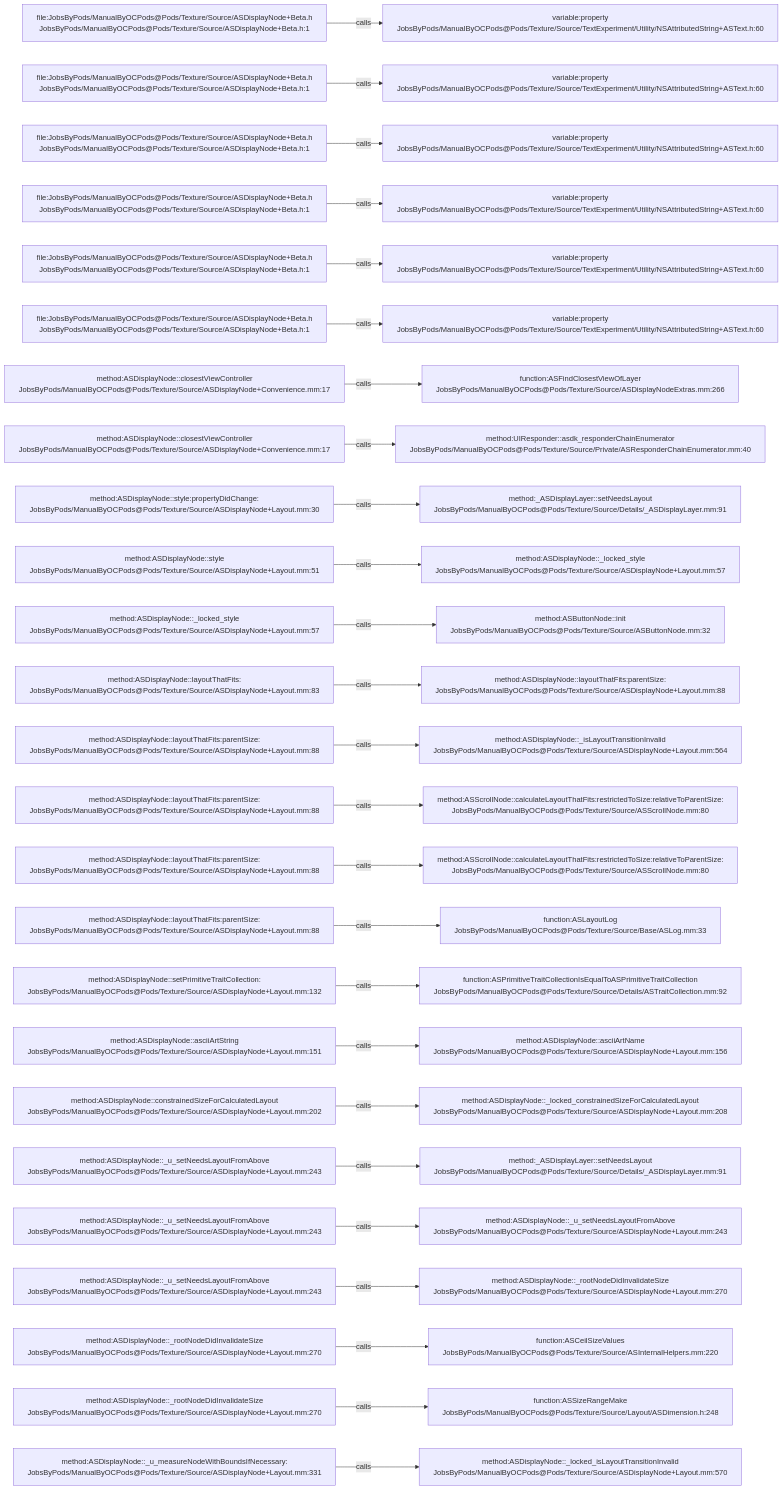
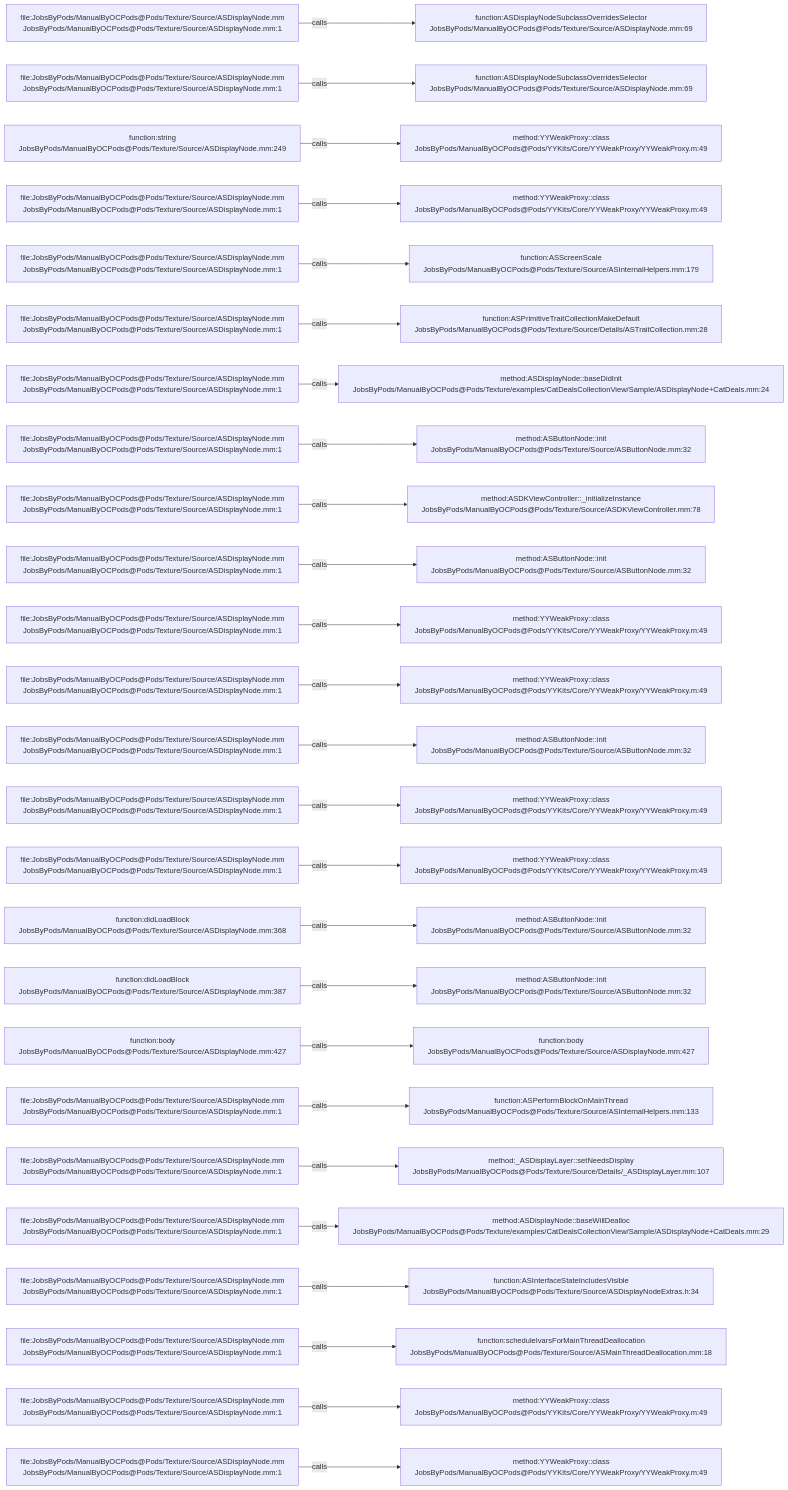
One commit to JobsKits/JobsOCBaseConfigDemo changed the diagram in .codegraph/codegraph.md/graphs/calls-082.md. Above: the diagram before and after it, drawn with Mermaid. The commit also changed 2723 other files, not shown here.

````diff
--- a/.codegraph/codegraph.md/graphs/calls-082.md
+++ b/.codegraph/codegraph.md/graphs/calls-082.md
@@ -13,78 +13,78 @@
 ```mermaid
 flowchart LR
-  S1["file:JobsByPods/ManualByOCPods@Pods/Texture/Source/ASDisplayNode+Beta.h<br/>JobsByPods/ManualByOCPods@Pods/Texture/Source/ASDisplayNode+Beta.h:1"]
-  T1["variable:property<br/>JobsByPods/ManualByOCPods@Pods/Texture/Source/TextExperiment/Utility/NSAttributedString+ASText.h:60"]
+  S1["file:JobsByPods/ManualByOCPods@Pods/Texture/Source/ASDisplayNode.mm<br/>JobsByPods/ManualByOCPods@Pods/Texture/Source/ASDisplayNode.mm:1"]
+  T1["function:ASDisplayNodeSubclassOverridesSelector<br/>JobsByPods/ManualByOCPods@Pods/Texture/Source/ASDisplayNode.mm:69"]
   S1 -->|calls| T1
-  S2["file:JobsByPods/ManualByOCPods@Pods/Texture/Source/ASDisplayNode+Beta.h<br/>JobsByPods/ManualByOCPods@Pods/Texture/Source/ASDisplayNode+Beta.h:1"]
-  T2["variable:property<br/>JobsByPods/ManualByOCPods@Pods/Texture/Source/TextExperiment/Utility/NSAttributedString+ASText.h:60"]
+  S2["file:JobsByPods/ManualByOCPods@Pods/Texture/Source/ASDisplayNode.mm<br/>JobsByPods/ManualByOCPods@Pods/Texture/Source/ASDisplayNode.mm:1"]
+  T2["function:ASDisplayNodeSubclassOverridesSelector<br/>JobsByPods/ManualByOCPods@Pods/Texture/Source/ASDisplayNode.mm:69"]
   S2 -->|calls| T2
-  S3["file:JobsByPods/ManualByOCPods@Pods/Texture/Source/ASDisplayNode+Beta.h<br/>JobsByPods/ManualByOCPods@Pods/Texture/Source/ASDisplayNode+Beta.h:1"]
-  T3["variable:property<br/>JobsByPods/ManualByOCPods@Pods/Texture/Source/TextExperiment/Utility/NSAttributedString+ASText.h:60"]
+  S3["function:string<br/>JobsByPods/ManualByOCPods@Pods/Texture/Source/ASDisplayNode.mm:249"]
+  T3["method:YYWeakProxy::class<br/>JobsByPods/ManualByOCPods@Pods/YYKits/Core/YYWeakProxy/YYWeakProxy.m:49"]
   S3 -->|calls| T3
-  S4["file:JobsByPods/ManualByOCPods@Pods/Texture/Source/ASDisplayNode+Beta.h<br/>JobsByPods/ManualByOCPods@Pods/Texture/Source/ASDisplayNode+Beta.h:1"]
-  T4["variable:property<br/>JobsByPods/ManualByOCPods@Pods/Texture/Source/TextExperiment/Utility/NSAttributedString+ASText.h:60"]
+  S4["file:JobsByPods/ManualByOCPods@Pods/Texture/Source/ASDisplayNode.mm<br/>JobsByPods/ManualByOCPods@Pods/Texture/Source/ASDisplayNode.mm:1"]
+  T4["method:YYWeakProxy::class<br/>JobsByPods/ManualByOCPods@Pods/YYKits/Core/YYWeakProxy/YYWeakProxy.m:49"]
   S4 -->|calls| T4
-  S5["file:JobsByPods/ManualByOCPods@Pods/Texture/Source/ASDisplayNode+Beta.h<br/>JobsByPods/ManualByOCPods@Pods/Texture/Source/ASDisplayNode+Beta.h:1"]
-  T5["variable:property<br/>JobsByPods/ManualByOCPods@Pods/Texture/Source/TextExperiment/Utility/NSAttributedString+ASText.h:60"]
+  S5["file:JobsByPods/ManualByOCPods@Pods/Texture/Source/ASDisplayNode.mm<br/>JobsByPods/ManualByOCPods@Pods/Texture/Source/ASDisplayNode.mm:1"]
+  T5["function:ASScreenScale<br/>JobsByPods/ManualByOCPods@Pods/Texture/Source/ASInternalHelpers.mm:179"]
   S5 -->|calls| T5
-  S6["file:JobsByPods/ManualByOCPods@Pods/Texture/Source/ASDisplayNode+Beta.h<br/>JobsByPods/ManualByOCPods@Pods/Texture/Source/ASDisplayNode+Beta.h:1"]
-  T6["variable:property<br/>JobsByPods/ManualByOCPods@Pods/Texture/Source/TextExperiment/Utility/NSAttributedString+ASText.h:60"]
+  S6["file:JobsByPods/ManualByOCPods@Pods/Texture/Source/ASDisplayNode.mm<br/>JobsByPods/ManualByOCPods@Pods/Texture/Source/ASDisplayNode.mm:1"]
+  T6["function:ASPrimitiveTraitCollectionMakeDefault<br/>JobsByPods/ManualByOCPods@Pods/Texture/Source/Details/ASTraitCollection.mm:28"]
   S6 -->|calls| T6
-  S7["method:ASDisplayNode::closestViewController<br/>JobsByPods/ManualByOCPods@Pods/Texture/Source/ASDisplayNode+Convenience.mm:17"]
-  T7["function:ASFindClosestViewOfLayer<br/>JobsByPods/ManualByOCPods@Pods/Texture/Source/ASDisplayNodeExtras.mm:266"]
+  S7["file:JobsByPods/ManualByOCPods@Pods/Texture/Source/ASDisplayNode.mm<br/>JobsByPods/ManualByOCPods@Pods/Texture/Source/ASDisplayNode.mm:1"]
+  T7["method:ASDisplayNode::baseDidInit<br/>JobsByPods/ManualByOCPods@Pods/Texture/examples/CatDealsCollectionView/Sample/ASDisplayNode+CatDeals.mm:24"]
   S7 -->|calls| T7
-  S8["method:ASDisplayNode::closestViewController<br/>JobsByPods/ManualByOCPods@Pods/Texture/Source/ASDisplayNode+Convenience.mm:17"]
-  T8["method:UIResponder::asdk_responderChainEnumerator<br/>JobsByPods/ManualByOCPods@Pods/Texture/Source/Private/ASResponderChainEnumerator.mm:40"]
+  S8["file:JobsByPods/ManualByOCPods@Pods/Texture/Source/ASDisplayNode.mm<br/>JobsByPods/ManualByOCPods@Pods/Texture/Source/ASDisplayNode.mm:1"]
+  T8["method:ASButtonNode::init<br/>JobsByPods/ManualByOCPods@Pods/Texture/Source/ASButtonNode.mm:32"]
   S8 -->|calls| T8
-  S9["method:ASDisplayNode::style:propertyDidChange:<br/>JobsByPods/ManualByOCPods@Pods/Texture/Source/ASDisplayNode+Layout.mm:30"]
-  T9["method:_ASDisplayLayer::setNeedsLayout<br/>JobsByPods/ManualByOCPods@Pods/Texture/Source/Details/_ASDisplayLayer.mm:91"]
+  S9["file:JobsByPods/ManualByOCPods@Pods/Texture/Source/ASDisplayNode.mm<br/>JobsByPods/ManualByOCPods@Pods/Texture/Source/ASDisplayNode.mm:1"]
+  T9["method:ASDKViewController::_initializeInstance<br/>JobsByPods/ManualByOCPods@Pods/Texture/Source/ASDKViewController.mm:78"]
   S9 -->|calls| T9
-  S10["method:ASDisplayNode::style<br/>JobsByPods/ManualByOCPods@Pods/Texture/Source/ASDisplayNode+Layout.mm:51"]
-  T10["method:ASDisplayNode::_locked_style<br/>JobsByPods/ManualByOCPods@Pods/Texture/Source/ASDisplayNode+Layout.mm:57"]
+  S10["file:JobsByPods/ManualByOCPods@Pods/Texture/Source/ASDisplayNode.mm<br/>JobsByPods/ManualByOCPods@Pods/Texture/Source/ASDisplayNode.mm:1"]
+  T10["method:ASButtonNode::init<br/>JobsByPods/ManualByOCPods@Pods/Texture/Source/ASButtonNode.mm:32"]
   S10 -->|calls| T10
-  S11["method:ASDisplayNode::_locked_style<br/>JobsByPods/ManualByOCPods@Pods/Texture/Source/ASDisplayNode+Layout.mm:57"]
-  T11["method:ASButtonNode::init<br/>JobsByPods/ManualByOCPods@Pods/Texture/Source/ASButtonNode.mm:32"]
+  S11["file:JobsByPods/ManualByOCPods@Pods/Texture/Source/ASDisplayNode.mm<br/>JobsByPods/ManualByOCPods@Pods/Texture/Source/ASDisplayNode.mm:1"]
+  T11["method:YYWeakProxy::class<br/>JobsByPods/ManualByOCPods@Pods/YYKits/Core/YYWeakProxy/YYWeakProxy.m:49"]
   S11 -->|calls| T11
-  S12["method:ASDisplayNode::layoutThatFits:<br/>JobsByPods/ManualByOCPods@Pods/Texture/Source/ASDisplayNode+Layout.mm:83"]
-  T12["method:ASDisplayNode::layoutThatFits:parentSize:<br/>JobsByPods/ManualByOCPods@Pods/Texture/Source/ASDisplayNode+Layout.mm:88"]
+  S12["file:JobsByPods/ManualByOCPods@Pods/Texture/Source/ASDisplayNode.mm<br/>JobsByPods/ManualByOCPods@Pods/Texture/Source/ASDisplayNode.mm:1"]
+  T12["method:YYWeakProxy::class<br/>JobsByPods/ManualByOCPods@Pods/YYKits/Core/YYWeakProxy/YYWeakProxy.m:49"]
   S12 -->|calls| T12
-  S13["method:ASDisplayNode::layoutThatFits:parentSize:<br/>JobsByPods/ManualByOCPods@Pods/Texture/Source/ASDisplayNode+Layout.mm:88"]
-  T13["method:ASDisplayNode::_isLayoutTransitionInvalid<br/>JobsByPods/ManualByOCPods@Pods/Texture/Source/ASDisplayNode+Layout.mm:564"]
+  S13["file:JobsByPods/ManualByOCPods@Pods/Texture/Source/ASDisplayNode.mm<br/>JobsByPods/ManualByOCPods@Pods/Texture/Source/ASDisplayNode.mm:1"]
+  T13["method:ASButtonNode::init<br/>JobsByPods/ManualByOCPods@Pods/Texture/Source/ASButtonNode.mm:32"]
   S13 -->|calls| T13
-  S14["method:ASDisplayNode::layoutThatFits:parentSize:<br/>JobsByPods/ManualByOCPods@Pods/Texture/Source/ASDisplayNode+Layout.mm:88"]
-  T14["method:ASScrollNode::calculateLayoutThatFits:restrictedToSize:relativeToParentSize:<br/>JobsByPods/ManualByOCPods@Pods/Texture/Source/ASScrollNode.mm:80"]
+  S14["file:JobsByPods/ManualByOCPods@Pods/Texture/Source/ASDisplayNode.mm<br/>JobsByPods/ManualByOCPods@Pods/Texture/Source/ASDisplayNode.mm:1"]
+  T14["method:YYWeakProxy::class<br/>JobsByPods/ManualByOCPods@Pods/YYKits/Core/YYWeakProxy/YYWeakProxy.m:49"]
   S14 -->|calls| T14
-  S15["method:ASDisplayNode::layoutThatFits:parentSize:<br/>JobsByPods/ManualByOCPods@Pods/Texture/Source/ASDisplayNode+Layout.mm:88"]
-  T15["method:ASScrollNode::calculateLayoutThatFits:restrictedToSize:relativeToParentSize:<br/>JobsByPods/ManualByOCPods@Pods/Texture/Source/ASScrollNode.mm:80"]
+  S15["file:JobsByPods/ManualByOCPods@Pods/Texture/Source/ASDisplayNode.mm<br/>JobsByPods/ManualByOCPods@Pods/Texture/Source/ASDisplayNode.mm:1"]
+  T15["method:YYWeakProxy::class<br/>JobsByPods/ManualByOCPods@Pods/YYKits/Core/YYWeakProxy/YYWeakProxy.m:49"]
   S15 -->|calls| T15
-  S16["method:ASDisplayNode::layoutThatFits:parentSize:<br/>JobsByPods/ManualByOCPods@Pods/Texture/Source/ASDisplayNode+Layout.mm:88"]
-  T16["function:ASLayoutLog<br/>JobsByPods/ManualByOCPods@Pods/Texture/Source/Base/ASLog.mm:33"]
+  S16["function:didLoadBlock<br/>JobsByPods/ManualByOCPods@Pods/Texture/Source/ASDisplayNode.mm:368"]
+  T16["method:ASButtonNode::init<br/>JobsByPods/ManualByOCPods@Pods/Texture/Source/ASButtonNode.mm:32"]
   S16 -->|calls| T16
-  S17["method:ASDisplayNode::setPrimitiveTraitCollection:<br/>JobsByPods/ManualByOCPods@Pods/Texture/Source/ASDisplayNode+Layout.mm:132"]
-  T17["function:ASPrimitiveTraitCollectionIsEqualToASPrimitiveTraitCollection<br/>JobsByPods/ManualByOCPods@Pods/Texture/Source/Details/ASTraitCollection.mm:92"]
+  S17["function:didLoadBlock<br/>JobsByPods/ManualByOCPods@Pods/Texture/Source/ASDisplayNode.mm:387"]
+  T17["method:ASButtonNode::init<br/>JobsByPods/ManualByOCPods@Pods/Texture/Source/ASButtonNode.mm:32"]
   S17 -->|calls| T17
-  S18["method:ASDisplayNode::asciiArtString<br/>JobsByPods/ManualByOCPods@Pods/Texture/Source/ASDisplayNode+Layout.mm:151"]
-  T18["method:ASDisplayNode::asciiArtName<br/>JobsByPods/ManualByOCPods@Pods/Texture/Source/ASDisplayNode+Layout.mm:156"]
+  S18["function:body<br/>JobsByPods/ManualByOCPods@Pods/Texture/Source/ASDisplayNode.mm:427"]
+  T18["function:body<br/>JobsByPods/ManualByOCPods@Pods/Texture/Source/ASDisplayNode.mm:427"]
   S18 -->|calls| T18
-  S19["method:ASDisplayNode::constrainedSizeForCalculatedLayout<br/>JobsByPods/ManualByOCPods@Pods/Texture/Source/ASDisplayNode+Layout.mm:202"]
-  T19["method:ASDisplayNode::_locked_constrainedSizeForCalculatedLayout<br/>JobsByPods/ManualByOCPods@Pods/Texture/Source/ASDisplayNode+Layout.mm:208"]
+  S19["file:JobsByPods/ManualByOCPods@Pods/Texture/Source/ASDisplayNode.mm<br/>JobsByPods/ManualByOCPods@Pods/Texture/Source/ASDisplayNode.mm:1"]
+  T19["function:ASPerformBlockOnMainThread<br/>JobsByPods/ManualByOCPods@Pods/Texture/Source/ASInternalHelpers.mm:133"]
   S19 -->|calls| T19
-  S20["method:ASDisplayNode::_u_setNeedsLayoutFromAbove<br/>JobsByPods/ManualByOCPods@Pods/Texture/Source/ASDisplayNode+Layout.mm:243"]
-  T20["method:_ASDisplayLayer::setNeedsLayout<br/>JobsByPods/ManualByOCPods@Pods/Texture/Source/Details/_ASDisplayLayer.mm:91"]
+  S20["file:JobsByPods/ManualByOCPods@Pods/Texture/Source/ASDisplayNode.mm<br/>JobsByPods/ManualByOCPods@Pods/Texture/Source/ASDisplayNode.mm:1"]
+  T20["method:_ASDisplayLayer::setNeedsDisplay<br/>JobsByPods/ManualByOCPods@Pods/Texture/Source/Details/_ASDisplayLayer.mm:107"]
   S20 -->|calls| T20
-  S21["method:ASDisplayNode::_u_setNeedsLayoutFromAbove<br/>JobsByPods/ManualByOCPods@Pods/Texture/Source/ASDisplayNode+Layout.mm:243"]
-  T21["method:ASDisplayNode::_u_setNeedsLayoutFromAbove<br/>JobsByPods/ManualByOCPods@Pods/Texture/Source/ASDisplayNode+Layout.mm:243"]
+  S21["file:JobsByPods/ManualByOCPods@Pods/Texture/Source/ASDisplayNode.mm<br/>JobsByPods/ManualByOCPods@Pods/Texture/Source/ASDisplayNode.mm:1"]
+  T21["method:ASDisplayNode::baseWillDealloc<br/>JobsByPods/ManualByOCPods@Pods/Texture/examples/CatDealsCollectionView/Sample/ASDisplayNode+CatDeals.mm:29"]
   S21 -->|calls| T21
-  S22["method:ASDisplayNode::_u_setNeedsLayoutFromAbove<br/>JobsByPods/ManualByOCPods@Pods/Texture/Source/ASDisplayNode+Layout.mm:243"]
-  T22["method:ASDisplayNode::_rootNodeDidInvalidateSize<br/>JobsByPods/ManualByOCPods@Pods/Texture/Source/ASDisplayNode+Layout.mm:270"]
+  S22["file:JobsByPods/ManualByOCPods@Pods/Texture/Source/ASDisplayNode.mm<br/>JobsByPods/ManualByOCPods@Pods/Texture/Source/ASDisplayNode.mm:1"]
+  T22["function:ASInterfaceStateIncludesVisible<br/>JobsByPods/ManualByOCPods@Pods/Texture/Source/ASDisplayNodeExtras.h:34"]
   S22 -->|calls| T22
-  S23["method:ASDisplayNode::_rootNodeDidInvalidateSize<br/>JobsByPods/ManualByOCPods@Pods/Texture/Source/ASDisplayNode+Layout.mm:270"]
-  T23["function:ASCeilSizeValues<br/>JobsByPods/ManualByOCPods@Pods/Texture/Source/ASInternalHelpers.mm:220"]
+  S23["file:JobsByPods/ManualByOCPods@Pods/Texture/Source/ASDisplayNode.mm<br/>JobsByPods/ManualByOCPods@Pods/Texture/Source/ASDisplayNode.mm:1"]
+  T23["function:scheduleIvarsForMainThreadDeallocation<br/>JobsByPods/ManualByOCPods@Pods/Texture/Source/ASMainThreadDeallocation.mm:18"]
   S23 -->|calls| T23
-  S24["method:ASDisplayNode::_rootNodeDidInvalidateSize<br/>JobsByPods/ManualByOCPods@Pods/Texture/Source/ASDisplayNode+Layout.mm:270"]
-  T24["function:ASSizeRangeMake<br/>JobsByPods/ManualByOCPods@Pods/Texture/Source/Layout/ASDimension.h:248"]
+  S24["file:JobsByPods/ManualByOCPods@Pods/Texture/Source/ASDisplayNode.mm<br/>JobsByPods/ManualByOCPods@Pods/Texture/Source/ASDisplayNode.mm:1"]
+  T24["method:YYWeakProxy::class<br/>JobsByPods/ManualByOCPods@Pods/YYKits/Core/YYWeakProxy/YYWeakProxy.m:49"]
   S24 -->|calls| T24
-  S25["method:ASDisplayNode::_u_measureNodeWithBoundsIfNecessary:<br/>JobsByPods/ManualByOCPods@Pods/Texture/Source/ASDisplayNode+Layout.mm:331"]
-  T25["method:ASDisplayNode::_locked_isLayoutTransitionInvalid<br/>JobsByPods/ManualByOCPods@Pods/Texture/Source/ASDisplayNode+Layout.mm:570"]
+  S25["file:JobsByPods/ManualByOCPods@Pods/Texture/Source/ASDisplayNode.mm<br/>JobsByPods/ManualByOCPods@Pods/Texture/Source/ASDisplayNode.mm:1"]
+  T25["method:YYWeakProxy::class<br/>JobsByPods/ManualByOCPods@Pods/YYKits/Core/YYWeakProxy/YYWeakProxy.m:49"]
   S25 -->|calls| T25
 ```
````
